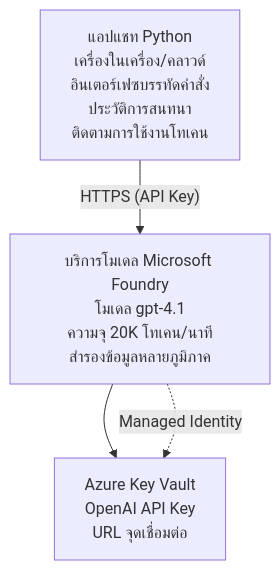
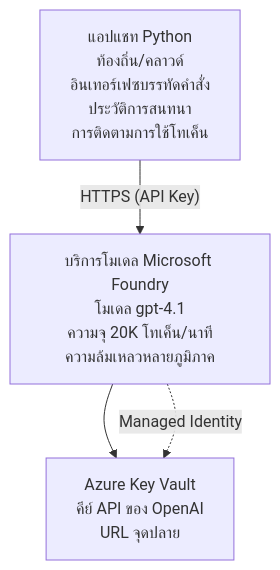
Before and after one commit to microsoft/AZD-for-beginners: the diagram in translations/th/examples/azure-openai-chat/README.md, drawn with Mermaid. The commit also changed other lines of this file and 104 other files, not shown here.

````diff
--- a/translations/th/examples/azure-openai-chat/README.md
+++ b/translations/th/examples/azure-openai-chat/README.md
@@ -26,6 +26,6 @@
 ```mermaid
 graph TD
-    App[แอปแชท Python<br/>เครื่องในเครื่อง/คลาวด์<br/>อินเตอร์เฟซบรรทัดคำสั่ง<br/>ประวัติการสนทนา<br/>ติดตามการใช้งานโทเคน] -- "HTTPS (API Key)" --> Foundry[บริการโมเดล Microsoft Foundry<br/>โมเดล gpt-4.1<br/>ความจุ 20K โทเคน/นาที<br/>สำรองข้อมูลหลายภูมิภาค]
-    Foundry --> KV[Azure Key Vault<br/>OpenAI API Key<br/>URL จุดเชื่อมต่อ]
+    App[แอปแชท Python<br/>ท้องถิ่น/คลาวด์<br/>อินเทอร์เฟซบรรทัดคำสั่ง<br/>ประวัติการสนทนา<br/>การติดตามการใช้โทเค็น] -- "HTTPS (API Key)" --> Foundry[บริการโมเดล Microsoft Foundry<br/>โมเดล gpt-4.1<br/>ความจุ 20K โทเค็น/นาที<br/>ความล้มเหลวหลายภูมิภาค]
+    Foundry --> KV[Azure Key Vault<br/>คีย์ API ของ OpenAI<br/>URL จุดปลาย]
     Foundry -. Managed Identity .-> KV
 ```
````
